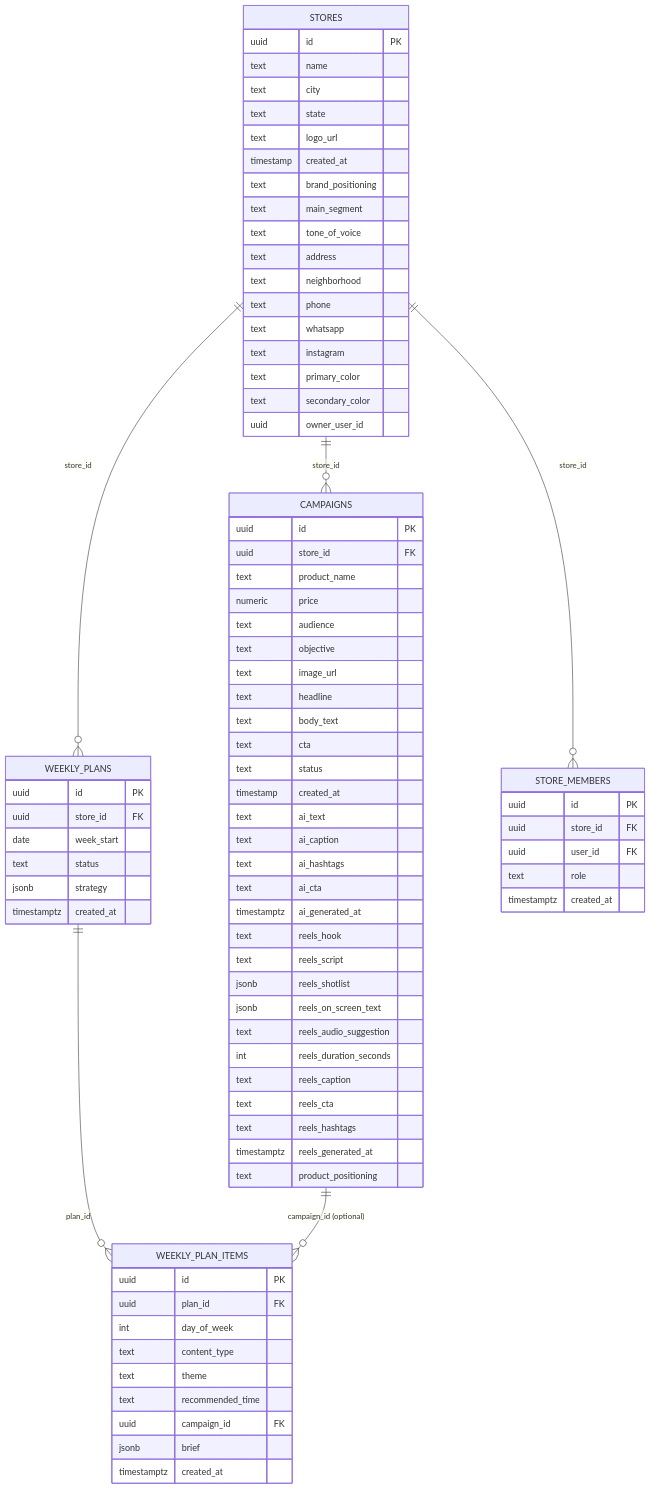
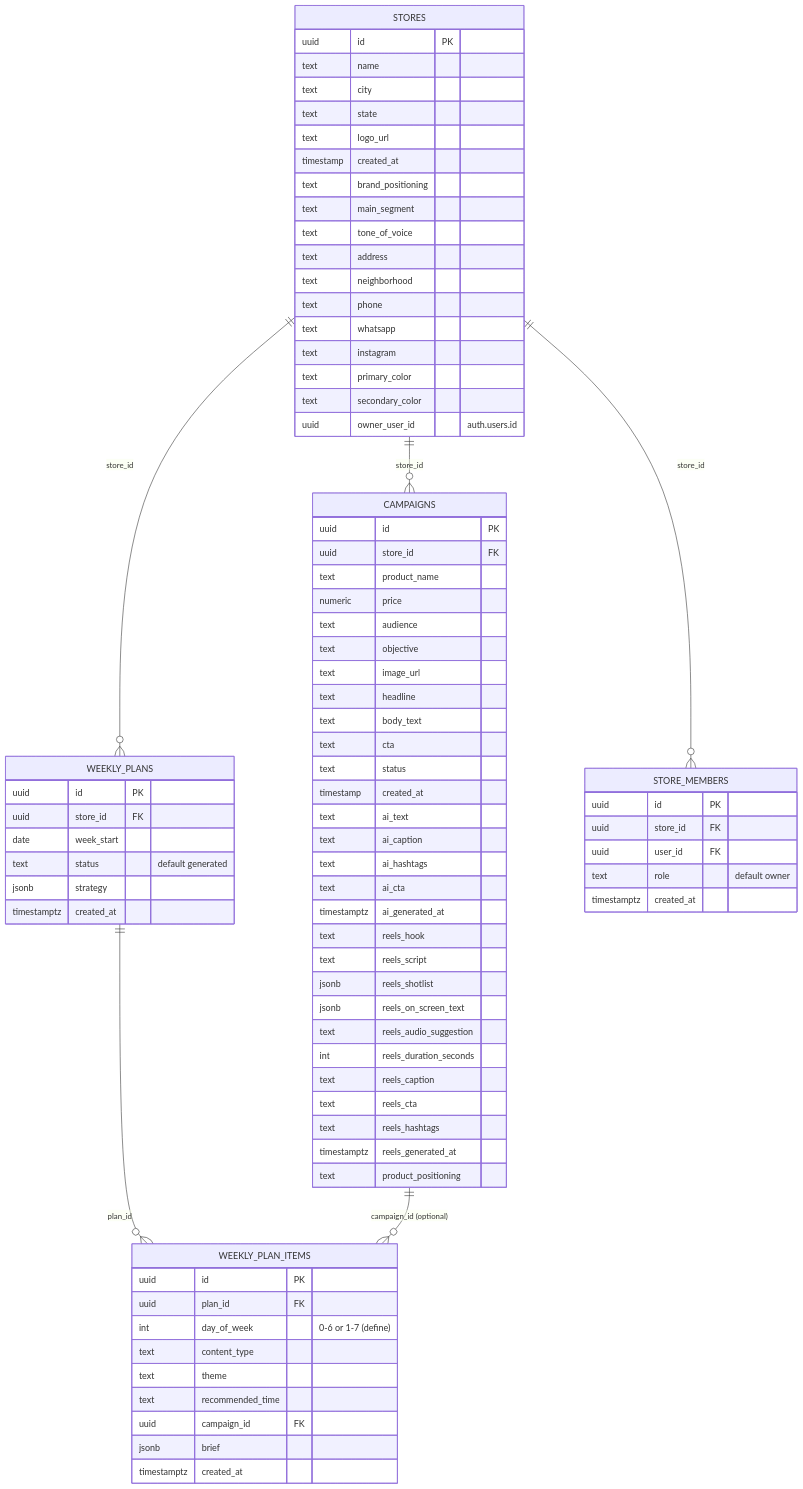
One commit to wagnercarisson/vendeo changed the diagram in database/erd.mmd. Above: the diagram before and after it, drawn with Mermaid. The commit also changed 1 other file, not shown here.

```diff
--- a/database/erd.mmd
+++ b/database/erd.mmd
@@ -1,86 +1,86 @@
 erDiagram
   STORES {
     uuid id PK
     text name
     text city
     text state
     text logo_url
     timestamp created_at
     text brand_positioning
     text main_segment
     text tone_of_voice
     text address
     text neighborhood
     text phone
     text whatsapp
     text instagram
     text primary_color
     text secondary_color
-    uuid owner_user_id
+    uuid owner_user_id  "auth.users.id"
   }
 
   CAMPAIGNS {
     uuid id PK
     uuid store_id FK
     text product_name
     numeric price
     text audience
     text objective
     text image_url
     text headline
     text body_text
     text cta
     text status
     timestamp created_at
     text ai_text
     text ai_caption
     text ai_hashtags
     text ai_cta
     timestamptz ai_generated_at
     text reels_hook
     text reels_script
     jsonb reels_shotlist
     jsonb reels_on_screen_text
     text reels_audio_suggestion
     int reels_duration_seconds
     text reels_caption
     text reels_cta
     text reels_hashtags
     timestamptz reels_generated_at
     text product_positioning
   }
 
   WEEKLY_PLANS {
     uuid id PK
     uuid store_id FK
     date week_start
-    text status
+    text status  "default generated"
     jsonb strategy
     timestamptz created_at
   }
 
   WEEKLY_PLAN_ITEMS {
     uuid id PK
     uuid plan_id FK
-    int day_of_week
+    int day_of_week  "0-6 or 1-7 (define)"
     text content_type
     text theme
     text recommended_time
     uuid campaign_id FK
     jsonb brief
     timestamptz created_at
   }
 
   STORE_MEMBERS {
     uuid id PK
     uuid store_id FK
     uuid user_id FK
-    text role
+    text role  "default owner"
     timestamptz created_at
   }
 
   STORES ||--o{ CAMPAIGNS : "store_id"
   STORES ||--o{ WEEKLY_PLANS : "store_id"
   WEEKLY_PLANS ||--o{ WEEKLY_PLAN_ITEMS : "plan_id"
   CAMPAIGNS ||--o{ WEEKLY_PLAN_ITEMS : "campaign_id (optional)"
   STORES ||--o{ STORE_MEMBERS : "store_id"
```
